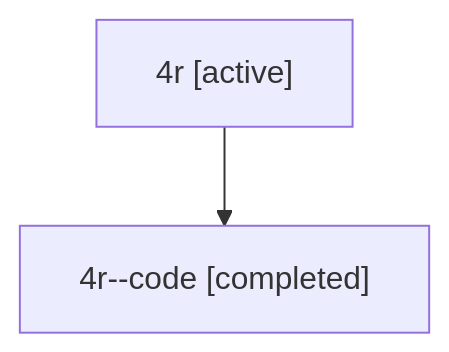
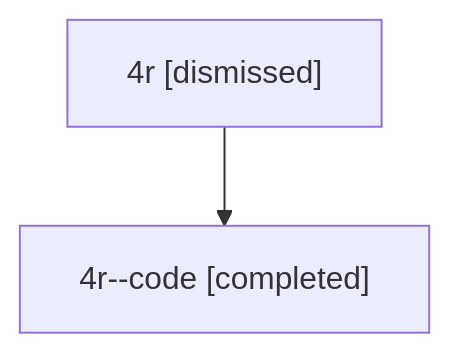
The diagram in sessions/bbugyi200.athena.4r.md (bobs-org/bob-cli--agents), drawn with Mermaid before and after one commit. The commit also changed other lines of this file and 46 other files, not shown here.

````diff
--- a/sessions/bbugyi200.athena.4r.md
+++ b/sessions/bbugyi200.athena.4r.md
@@ -9,6 +9,6 @@
 ```mermaid
 flowchart TD
-  n0["4r [active]"]
+  n0["4r [dismissed]"]
   n1["4r--code [completed]"]
   n0 --> n1
 ```
````
